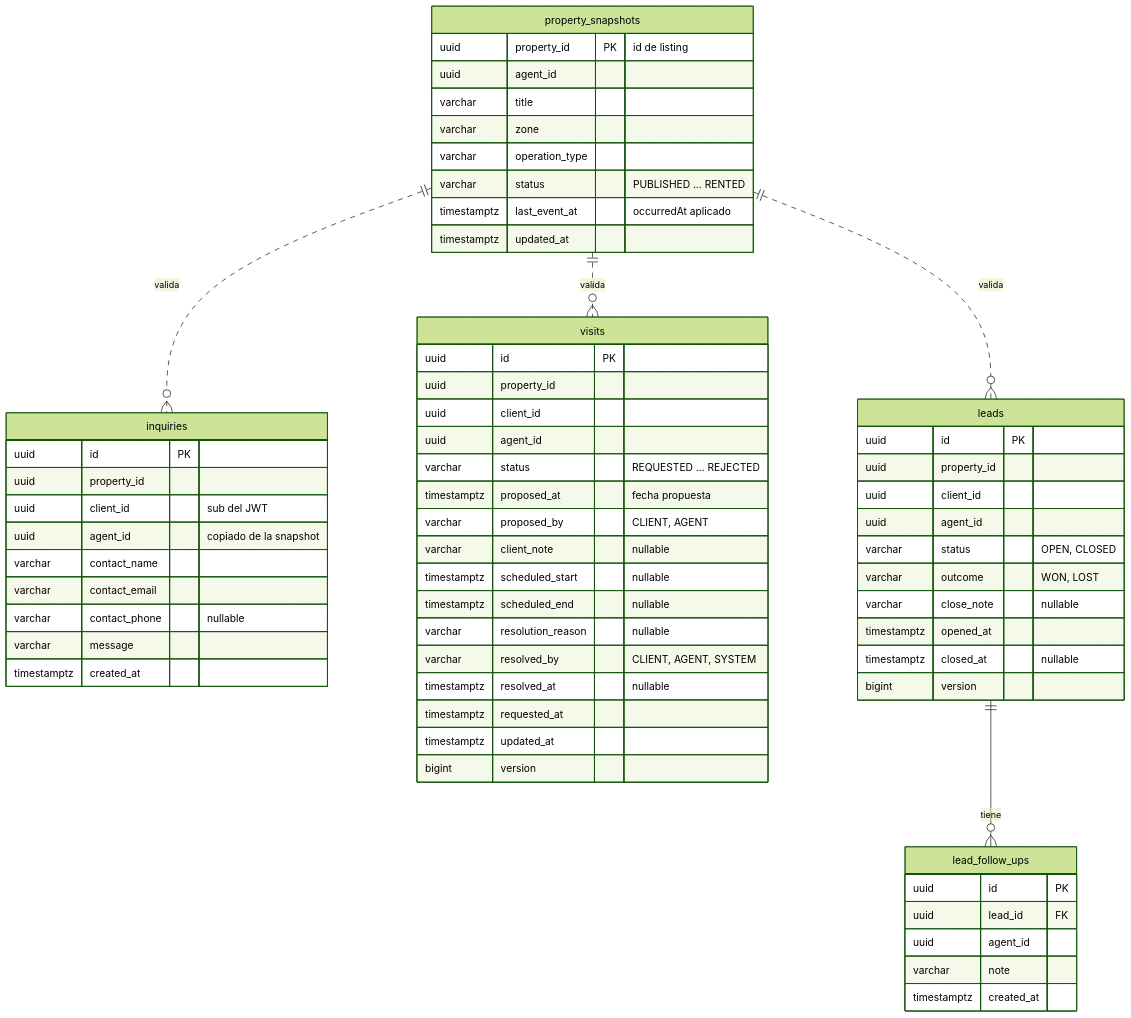
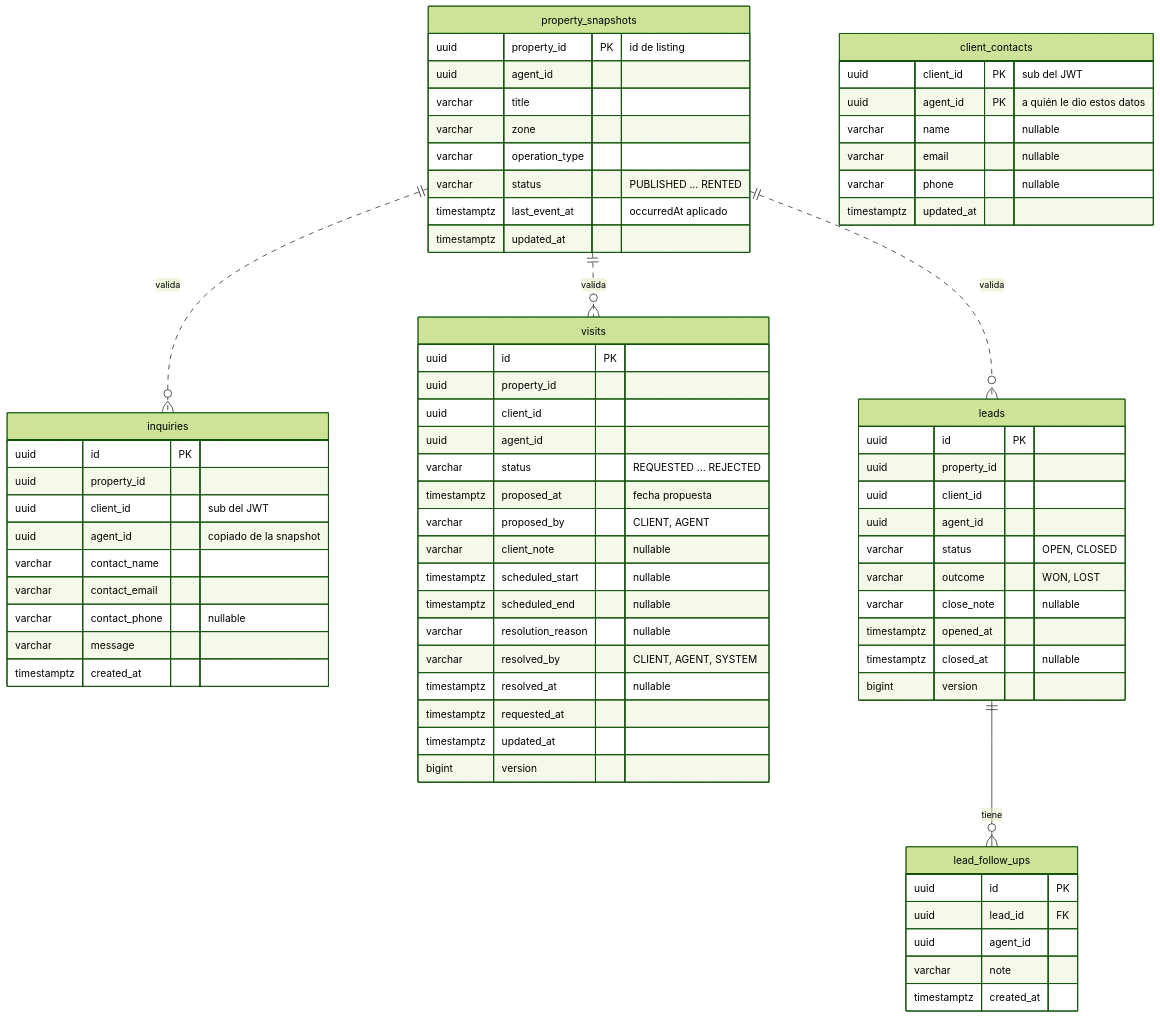
One commit to AndreaSoto7/nur.microservices.inmobiliaria changed the diagram in docs/base-de-datos/visit-service.md. Above: the diagram before and after it, drawn with Mermaid (forest theme). The commit also changed other lines of this file and 13 other files, not shown here.

````diff
--- a/docs/base-de-datos/visit-service.md
+++ b/docs/base-de-datos/visit-service.md
@@ -13,66 +14,74 @@
 ```mermaid
 erDiagram
     property_snapshots ||..o{ inquiries : "valida"
     property_snapshots ||..o{ visits : "valida"
     property_snapshots ||..o{ leads : "valida"
     leads ||--o{ lead_follow_ups : "tiene"
 
     property_snapshots {
         uuid property_id PK "id de listing"
         uuid agent_id
         varchar title
         varchar zone
         varchar operation_type
         varchar status "PUBLISHED ... RENTED"
         timestamptz last_event_at "occurredAt aplicado"
+        timestamptz updated_at
+    }
+    client_contacts {
+        uuid client_id PK "sub del JWT"
+        uuid agent_id PK "a quién le dio estos datos"
+        varchar name "nullable"
+        varchar email "nullable"
+        varchar phone "nullable"
         timestamptz updated_at
     }
     inquiries {
         uuid id PK
         uuid property_id
         uuid client_id "sub del JWT"
         uuid agent_id "copiado de la snapshot"
         varchar contact_name
         varchar contact_email
         varchar contact_phone "nullable"
         varchar message
         timestamptz created_at
     }
     visits {
         uuid id PK
         uuid property_id
         uuid client_id
         uuid agent_id
         varchar status "REQUESTED ... REJECTED"
         timestamptz proposed_at "fecha propuesta"
         varchar proposed_by "CLIENT, AGENT"
         varchar client_note "nullable"
         timestamptz scheduled_start "nullable"
         timestamptz scheduled_end "nullable"
         varchar resolution_reason "nullable"
         varchar resolved_by "CLIENT, AGENT, SYSTEM"
         timestamptz resolved_at "nullable"
         timestamptz requested_at
         timestamptz updated_at
         bigint version
     }
     leads {
         uuid id PK
         uuid property_id
         uuid client_id
         uuid agent_id
         varchar status "OPEN, CLOSED"
         varchar outcome "WON, LOST"
         varchar close_note "nullable"
         timestamptz opened_at
         timestamptz closed_at "nullable"
         bigint version
     }
     lead_follow_ups {
         uuid id PK
         uuid lead_id FK
         uuid agent_id
         varchar note
         timestamptz created_at
     }
 ```
````
